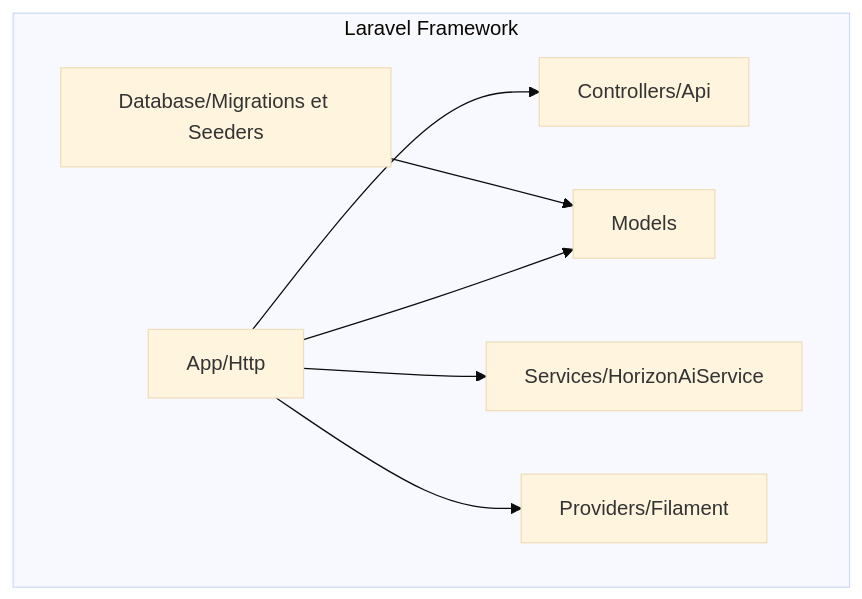
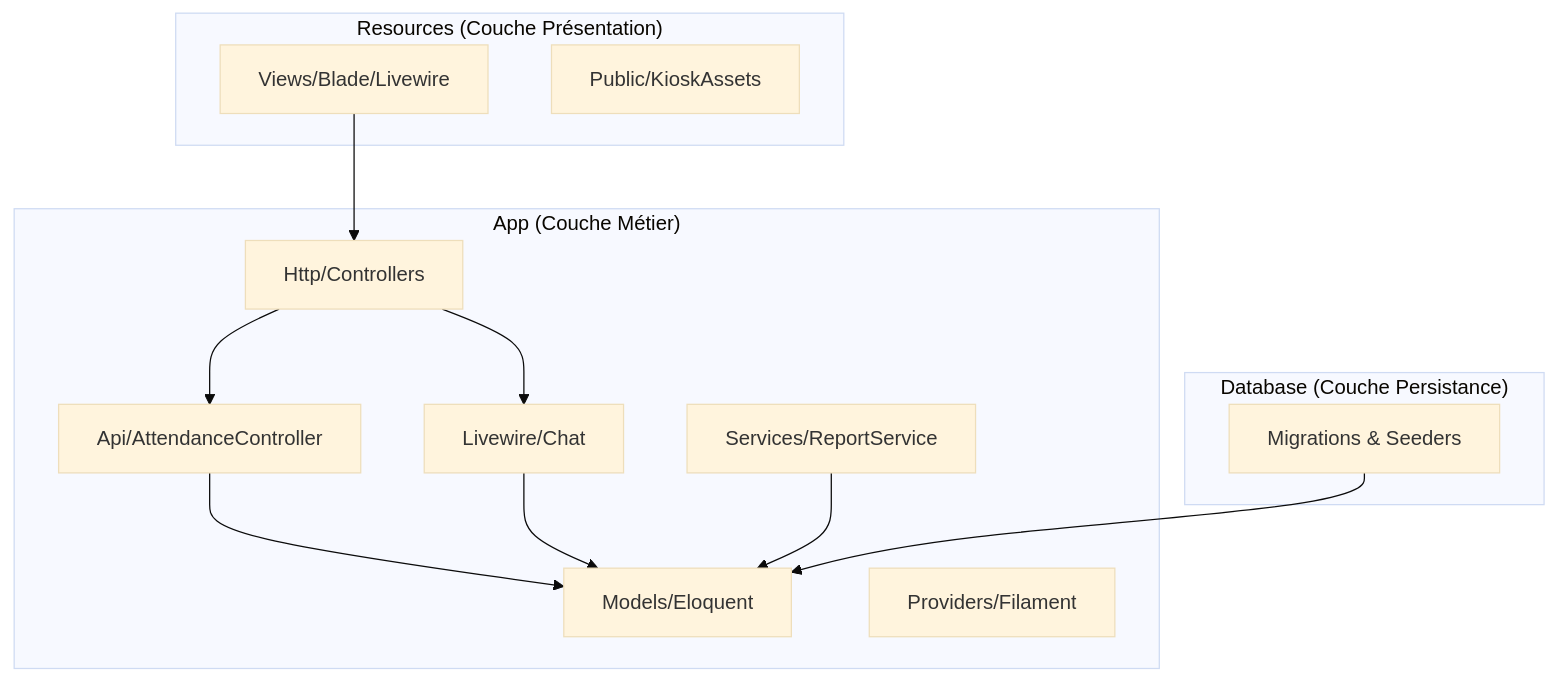
One commit to Evrad15/C.H.R.A.C.E.R.H changed the tenth of 14 diagrams in rapport_de_stage_diagrammes.md. Above: the diagram before and after it, drawn with Mermaid (base theme). The commit also changed other lines of this file and 19 other files, not shown here.

Commit message:
docs: update project README and documentation with comprehensive architectural diagrams and feature specifications

````diff
--- a/rapport_de_stage_diagrammes.md
+++ b/rapport_de_stage_diagrammes.md
@@ -326,10 +328,25 @@
 ```mermaid
 graph TD
-    subgraph Laravel Framework
-        App[App/Http] --> Controllers[Controllers/Api]
-        App --> Models[Models]
-        App --> Services[Services/HorizonAiService]
-        App --> Providers[Providers/Filament]
-        Database[Database/Migrations et Seeders] --> Models
+    subgraph "App (Couche Métier)"
+        Http[Http/Controllers] --> Api[Api/AttendanceController]
+        Http --> Livewire[Livewire/Chat]
+        Models[Models/Eloquent]
+        Services[Services/ReportService]
+        Providers[Providers/Filament]
     end
+
+    subgraph "Database (Couche Persistance)"
+        Migrations[Migrations & Seeders]
+    end
+
+    subgraph "Resources (Couche Présentation)"
+        Views[Views/Blade/Livewire]
+        PublicAssets[Public/KioskAssets]
+    end
+
+    Api --> Models
+    Livewire --> Models
+    Services --> Models
+    Migrations --> Models
+    Views --> Http
 ```
````
